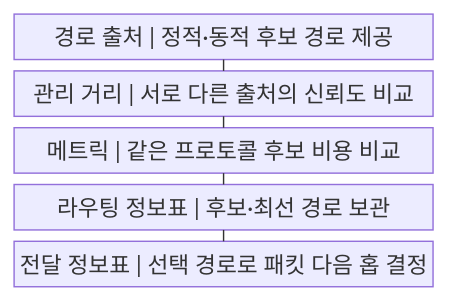
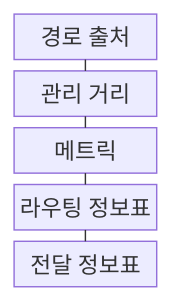
The first of 2 diagrams in src/content/docs/notes/04-network/010_routing_static_dynamic.md (agnusdei1207/knowledge-base), drawn with Mermaid before and after one commit. The commit also changed other lines of this file and 122 other files, not shown here.

````diff
--- a/src/content/docs/notes/04-network/010_routing_static_dynamic.md
+++ b/src/content/docs/notes/04-network/010_routing_static_dynamic.md
@@ -59,13 +59,13 @@
 ```mermaid
-block
+block-beta
     columns 1
-    A["경로 출처 | 정적·동적 후보 경로 제공"]
-    B["관리 거리 | 서로 다른 출처의 신뢰도 비교"]
-    C["메트릭 | 같은 프로토콜 후보 비용 비교"]
-    D["라우팅 정보표 | 후보·최선 경로 보관"]
-    E["전달 정보표 | 선택 경로로 패킷 다음 홉 결정"]
+    A["경로 출처"]
+    B["관리 거리"]
+    C["메트릭"]
+    D["라우팅 정보표"]
+    E["전달 정보표"]
     A --- B
     B --- C
     C --- D
     D --- E
 ```
````
